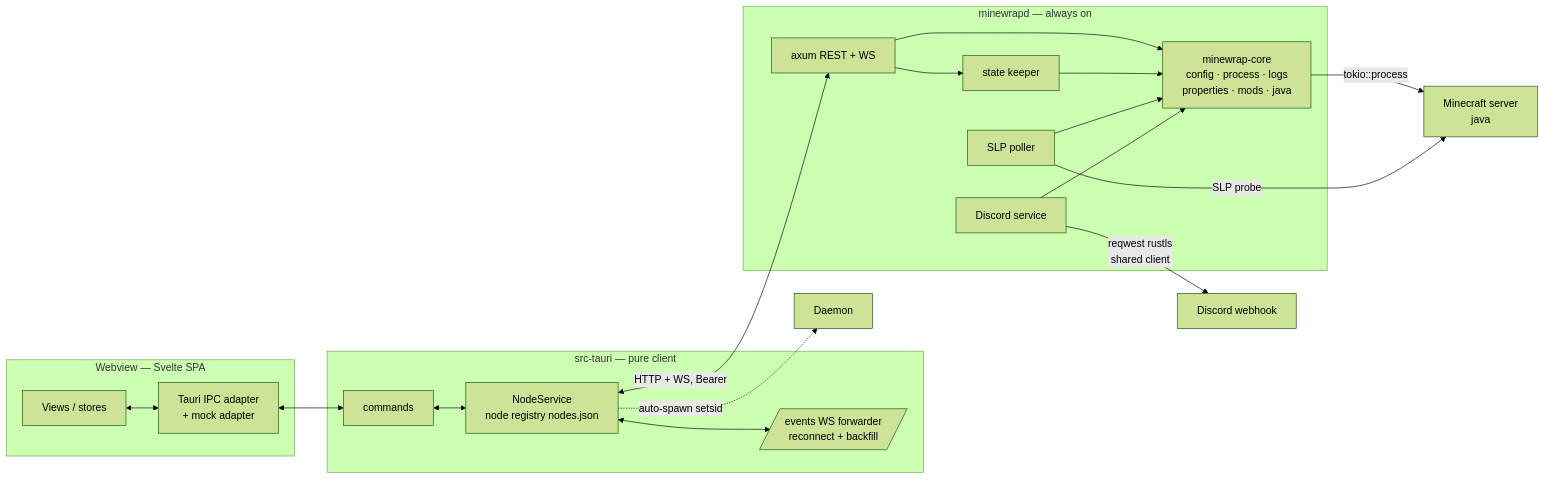
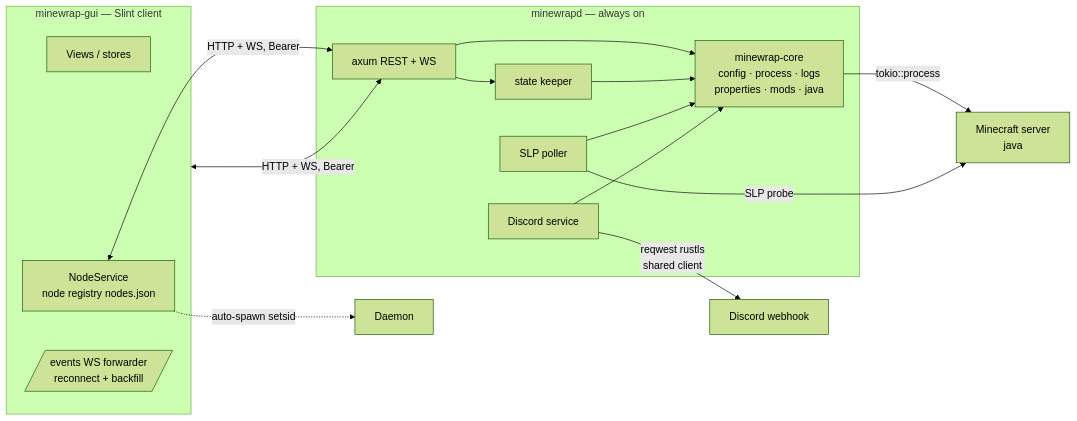
The first of 2 diagrams in ARCHITECTURE.md (longme179/Minewrap), drawn with Mermaid (forest theme) before and after one commit. The commit also changed other lines of this file and 111 other files, not shown here.

First line of the commit message:
[P1-C5] packaging switch (AppImage = minewrap-gui) + retire src-tauri/ui

````diff
--- a/ARCHITECTURE.md
+++ b/ARCHITECTURE.md
@@ -12,38 +11,29 @@
 ```mermaid
 flowchart LR
-    subgraph UI [Webview — Svelte SPA]
-        V[Views / stores]
-        IPC[Tauri IPC adapter<br/>+ mock adapter]
-        V <--> IPC
-    end
-
-    subgraph TAURI [src-tauri — pure client]
-        Cmd[commands]
+    subgraph GUI [minewrap-gui — Slint client]
+        Views[Views / stores]
         NodeSvc[NodeService<br/>node registry nodes.json]
         Fwd[/events WS forwarder<br/>reconnect + backfill/]
-        Cmd <--> NodeSvc
-        NodeSvc <--> Fwd
     end
-
-    IPC <--> Cmd
 
     subgraph DAEMON [minewrapd — always on]
         Api[axum REST + WS]
         Keeper[state keeper]
         Poller[SLP poller]
         DiscordS[Discord service]
         Core[minewrap-core<br/>config · process · logs<br/>properties · mods · java]
         Api --> Keeper
         Api --> Core
         Keeper --> Core
         Poller --> Core
         DiscordS --> Core
     end
 
+    GUI <-->|HTTP + WS, Bearer| Api
     NodeSvc <-->|HTTP + WS, Bearer| Api
     NodeSvc -.->|auto-spawn setsid| Daemon
 
     Core -->|tokio::process| MC[Minecraft server<br/>java]
     DiscordS -->|reqwest rustls<br/>shared client| DW[Discord webhook]
     Poller -->|SLP probe| MC
 ```
````
